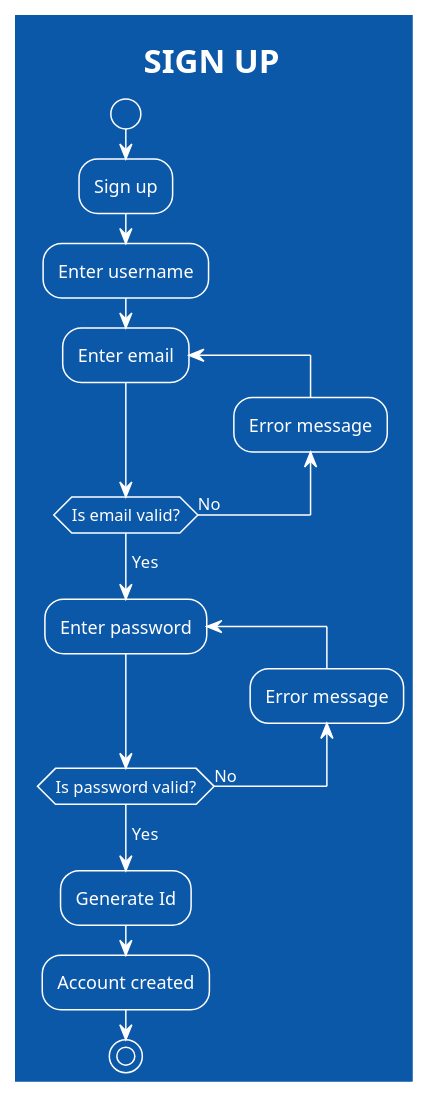
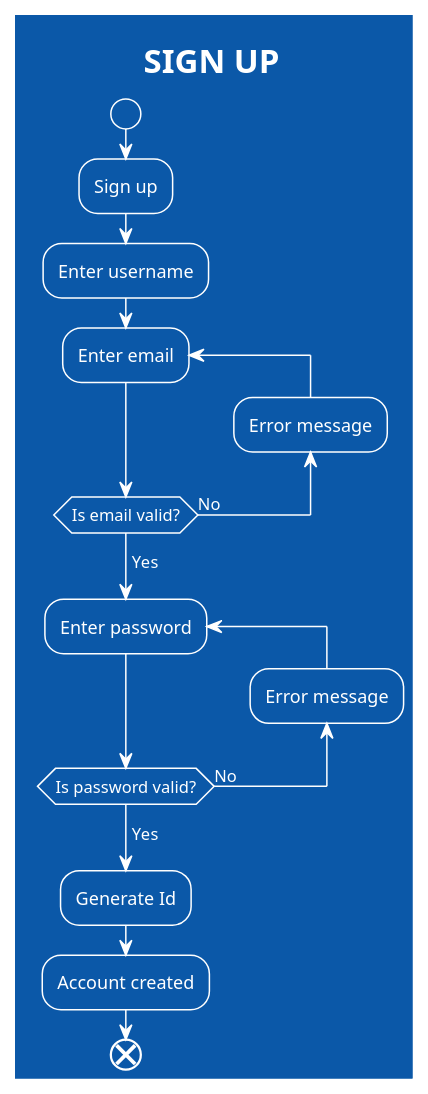
The third of 5 diagrams in flowcharts/flowchats.md (Gabe-Alvess/LibraryAppDiagrams), drawn with PlantUML before and after one commit. The commit also changed other lines of this file and 3 other files, not shown here.

````diff
--- a/flowcharts/flowchats.md
+++ b/flowcharts/flowchats.md
@@ -52,25 +52,25 @@
 ```plantuml
 
 @startuml
 
 !theme amiga
 title SIGN UP
 
 start
 :Sign up;
 :Enter username;
 repeat :Enter email;
-backward:Error message;
+backward :Error message;
 repeat while (Is email valid?) is (No)
 ->Yes;
 repeat :Enter password;
-backward:Error message;
+backward :Error message;
 repeat while (Is password valid?) is (No)
 ->Yes;
 :Generate Id;
 :Account created;
-stop
+end
 
 @enduml
 
 ```
````
